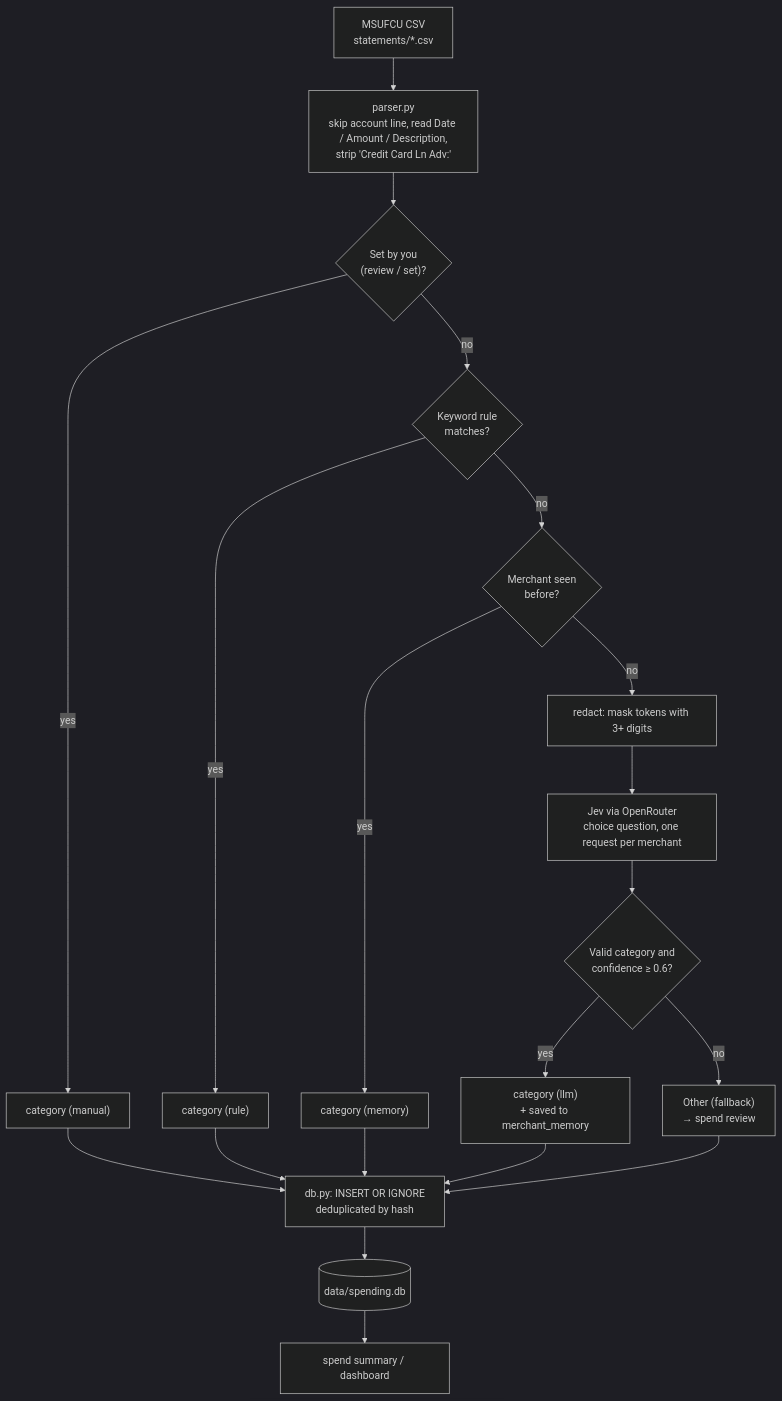
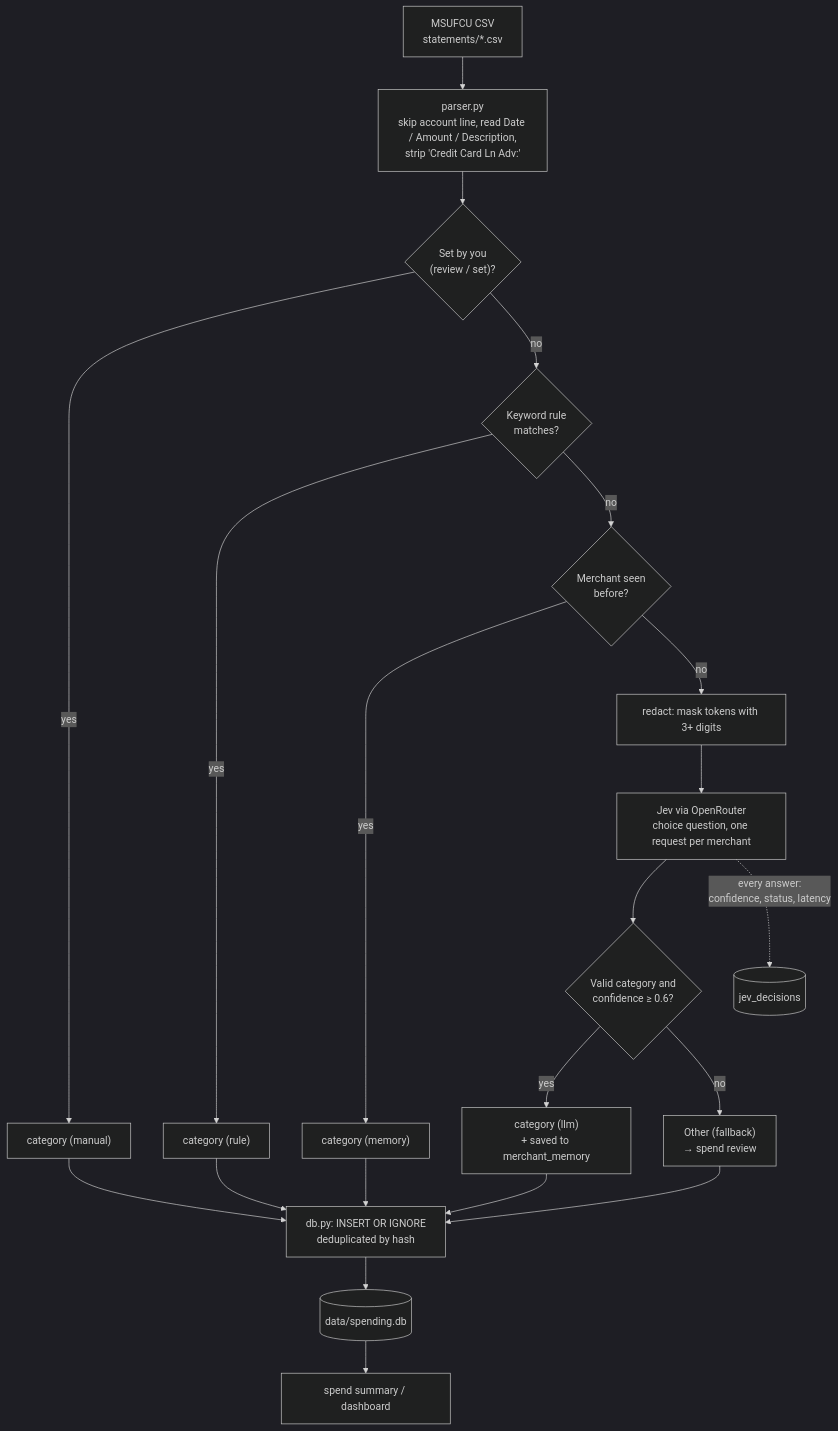
One commit to alessandrofelici/spending-tracker changed the third of 6 diagrams in STRUCTURE.md. Above: the diagram before and after it, drawn with Mermaid (dark theme). The commit also changed other lines of this file and 1 other file, not shown here.

First line of the commit message:
docs: document the categorization tab, jev eval and jev_decisions

````diff
--- a/STRUCTURE.md
+++ b/STRUCTURE.md
@@ -114,18 +126,19 @@
 ```mermaid
 flowchart TD
     A["MSUFCU CSV<br/>statements/*.csv"] --> B["parser.py<br/>skip account line, read Date / Amount / Description,<br/>strip 'Credit Card Ln Adv:'"]
     B --> MC{"Set by you<br/>(review / set)?"}
     MC -- yes --> MN["category (manual)"]
     MC -- no --> C{"Keyword rule<br/>matches?"}
     C -- yes --> R["category (rule)"]
     C -- no --> D{"Merchant seen<br/>before?"}
     D -- yes --> M["category (memory)"]
     D -- no --> E["redact: mask tokens with 3+ digits"]
     E --> F["Jev via OpenRouter<br/>choice question, one request per merchant"]
     F --> G{"Valid category and<br/>confidence ≥ 0.6?"}
+    F -. "every answer:<br/>confidence, status, latency" .-> JD[("jev_decisions")]
     G -- yes --> L["category (llm)<br/>+ saved to merchant_memory"]
     G -- no --> O["Other (fallback)<br/>→ spend review"]
     MN & R & M & L & O --> H["db.py: INSERT OR IGNORE<br/>deduplicated by hash"]
     H --> I[("data/spending.db")]
     I --> J["spend summary / dashboard"]
 ```
````
